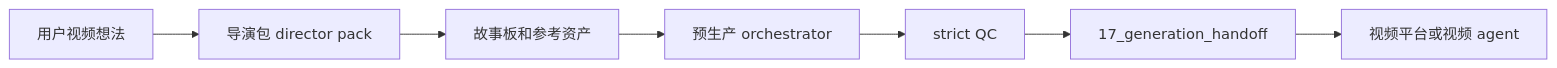
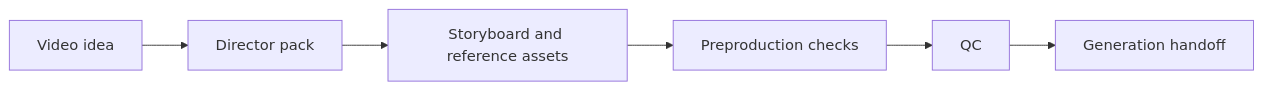
Before and after one commit to huangzuomin/StoryboardDrivenAIVideo-open: the diagram in README.md, drawn with Mermaid. The commit also changed other lines of this file and 1 other file, not shown here.

````diff
--- a/README.md
+++ b/README.md
@@ -31,9 +21,8 @@
 ```mermaid
 flowchart LR
-  A["用户视频想法"] --> B["导演包 director pack"]
-  B --> C["故事板和参考资产"]
-  C --> D["预生产 orchestrator"]
-  D --> E["strict QC"]
-  E --> F["17_generation_handoff"]
-  F --> G["视频平台或视频 agent"]
+  A["Video idea"] --> B["Director pack"]
+  B --> C["Storyboard and reference assets"]
+  C --> D["Preproduction checks"]
+  D --> E["QC"]
+  E --> F["Generation handoff"]
 ```
````
